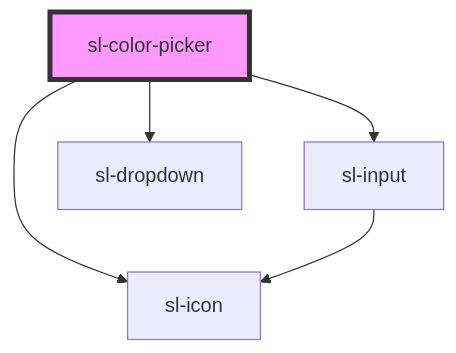
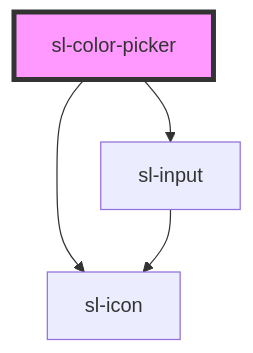
The diagram in src/components/color-picker/readme.md (shoelace-style/shoelace), drawn with Mermaid before and after one commit. The commit also changed other lines of this file and 4 other files, not shown here.

````diff
--- a/src/components/color-picker/readme.md
+++ b/src/components/color-picker/readme.md
@@ -40,8 +52,7 @@
 ```mermaid
 graph TD;
   sl-color-picker --> sl-icon
   sl-color-picker --> sl-input
-  sl-color-picker --> sl-dropdown
   sl-input --> sl-icon
   style sl-color-picker fill:#f9f,stroke:#333,stroke-width:4px
 ```
````
